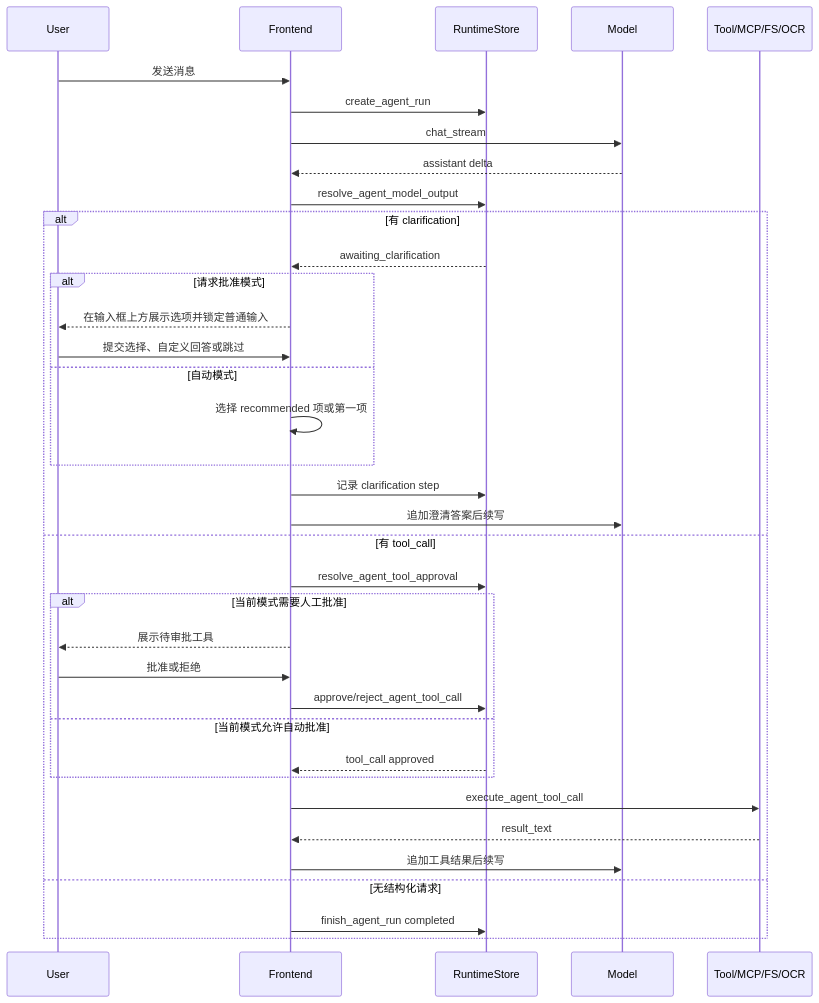
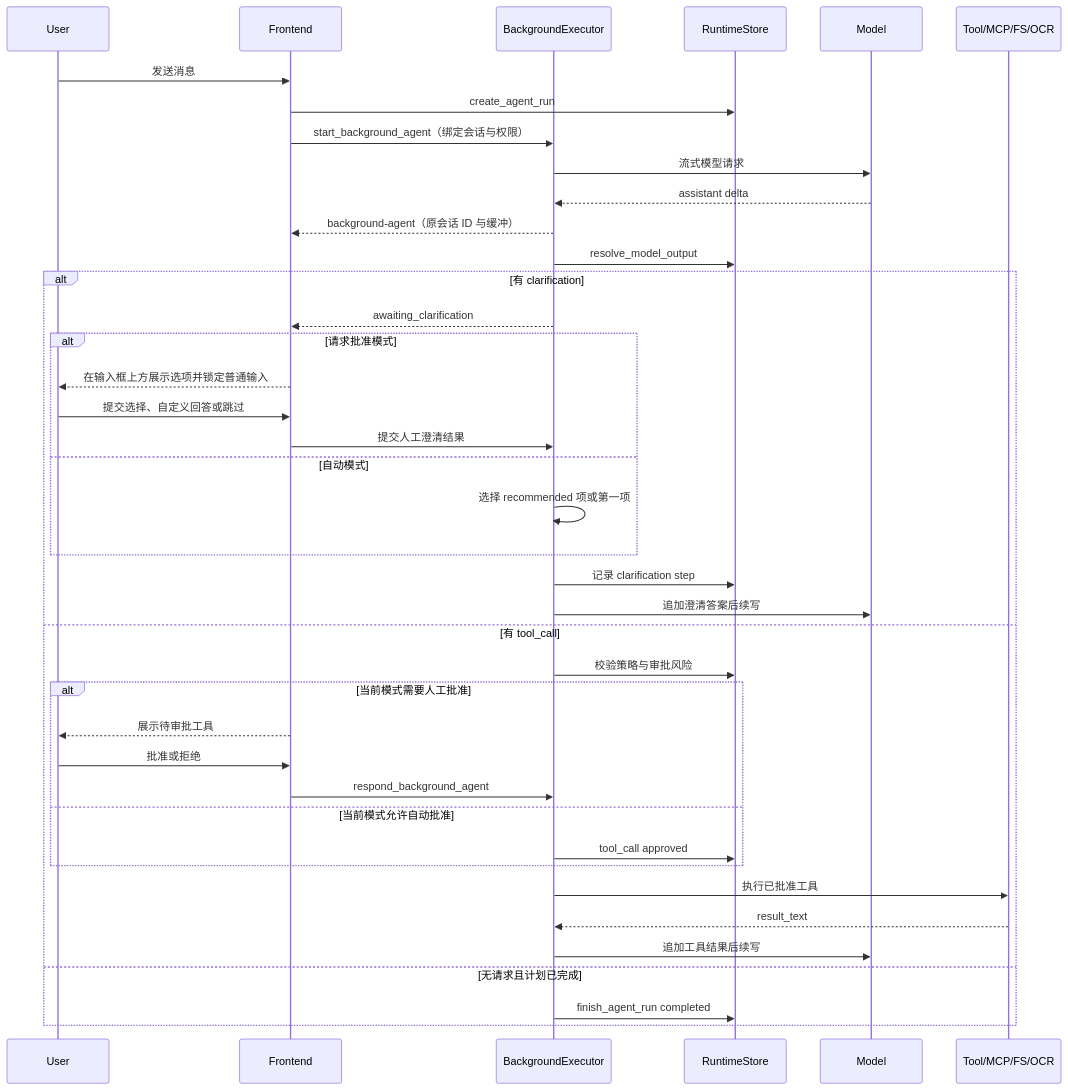
The diagram in docs/智能体检索增强与扩展工具设计.md (NanoAgentCode/NanoDesk), drawn with Mermaid before and after one commit. The commit also changed other lines of this file and 25 other files, not shown here.

Commit message:
feat: move chat agent execution into application-owned background runtime

````diff
--- a/docs/智能体检索增强与扩展工具设计.md
+++ b/docs/智能体检索增强与扩展工具设计.md
@@ -67,39 +67,43 @@
 ```mermaid
 sequenceDiagram
   participant U as User
   participant FE as Frontend
+  participant BG as BackgroundExecutor
   participant RT as RuntimeStore
   participant LLM as Model
   participant Tool as Tool/MCP/FS/OCR
 
   U->>FE: 发送消息
   FE->>RT: create_agent_run
-  FE->>LLM: chat_stream
-  LLM-->>FE: assistant delta
-  FE->>RT: resolve_agent_model_output
+  FE->>BG: start_background_agent（绑定会话与权限）
+  BG->>LLM: 流式模型请求
+  LLM-->>BG: assistant delta
+  BG-->>FE: background-agent（原会话 ID 与缓冲）
+  BG->>RT: resolve_model_output
   alt 有 clarification
-    RT-->>FE: awaiting_clarification
+    BG-->>FE: awaiting_clarification
     alt 请求批准模式
       FE-->>U: 在输入框上方展示选项并锁定普通输入
       U->>FE: 提交选择、自定义回答或跳过
+      FE->>BG: 提交人工澄清结果
     else 自动模式
-      FE->>FE: 选择 recommended 项或第一项
+      BG->>BG: 选择 recommended 项或第一项
     end
-    FE->>RT: 记录 clarification step
-    FE->>LLM: 追加澄清答案后续写
+    BG->>RT: 记录 clarification step
+    BG->>LLM: 追加澄清答案后续写
   else 有 tool_call
-    FE->>RT: resolve_agent_tool_approval
+    BG->>RT: 校验策略与审批风险
     alt 当前模式需要人工批准
       FE-->>U: 展示待审批工具
       U->>FE: 批准或拒绝
-      FE->>RT: approve/reject_agent_tool_call
+      FE->>BG: respond_background_agent
     else 当前模式允许自动批准
-      RT-->>FE: tool_call approved
+      BG->>RT: tool_call approved
     end
-    FE->>Tool: execute_agent_tool_call
-    Tool-->>FE: result_text
-    FE->>LLM: 追加工具结果后续写
-  else 无结构化请求
-    FE->>RT: finish_agent_run completed
+    BG->>Tool: 执行已批准工具
+    Tool-->>BG: result_text
+    BG->>LLM: 追加工具结果后续写
+  else 无请求且计划已完成
+    BG->>RT: finish_agent_run completed
   end
 ```
````
